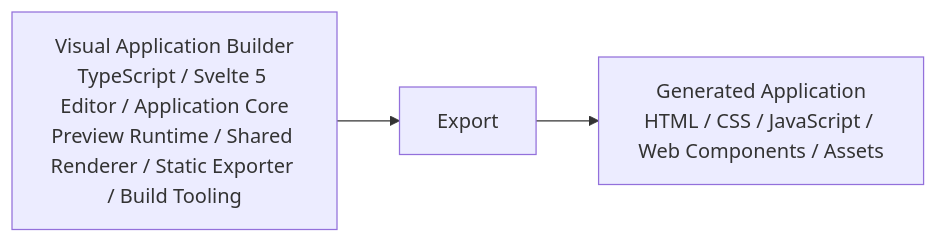
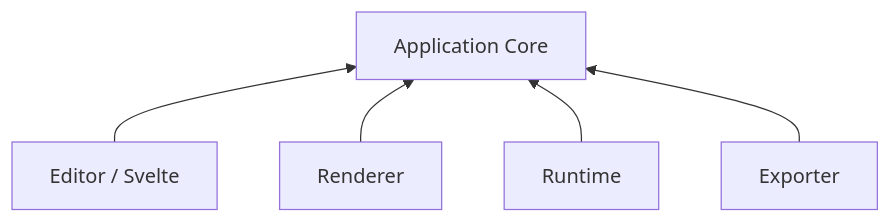
Before and after one commit to northwest-hcu/FlagShip: the tenth of 11 diagrams in docs/architecture/03-technology-and-system-architecture.md, drawn with Mermaid. The commit also changed other lines of this file and 11 other files, not shown here.

Commit message:
docs: align architecture with component ownership model

````diff
--- a/docs/architecture/03-technology-and-system-architecture.md
+++ b/docs/architecture/03-technology-and-system-architecture.md
@@ -1489,6 +343,8 @@
 ```mermaid
-flowchart LR
-    Builder["Visual Application Builder<br/>TypeScript / Svelte 5 Editor / Application Core<br/>Preview Runtime / Shared Renderer / Static Exporter / Build Tooling"]
-    Builder --> Export
-    Export --> Generated["Generated Application<br/>HTML / CSS / JavaScript / Web Components / Assets"]
+flowchart BT
+    Editor["Editor / Svelte"] --> Core
+    Renderer --> Core
+    Runtime --> Core
+    Exporter --> Core
+    Core["Application Core"]
 ```
````
